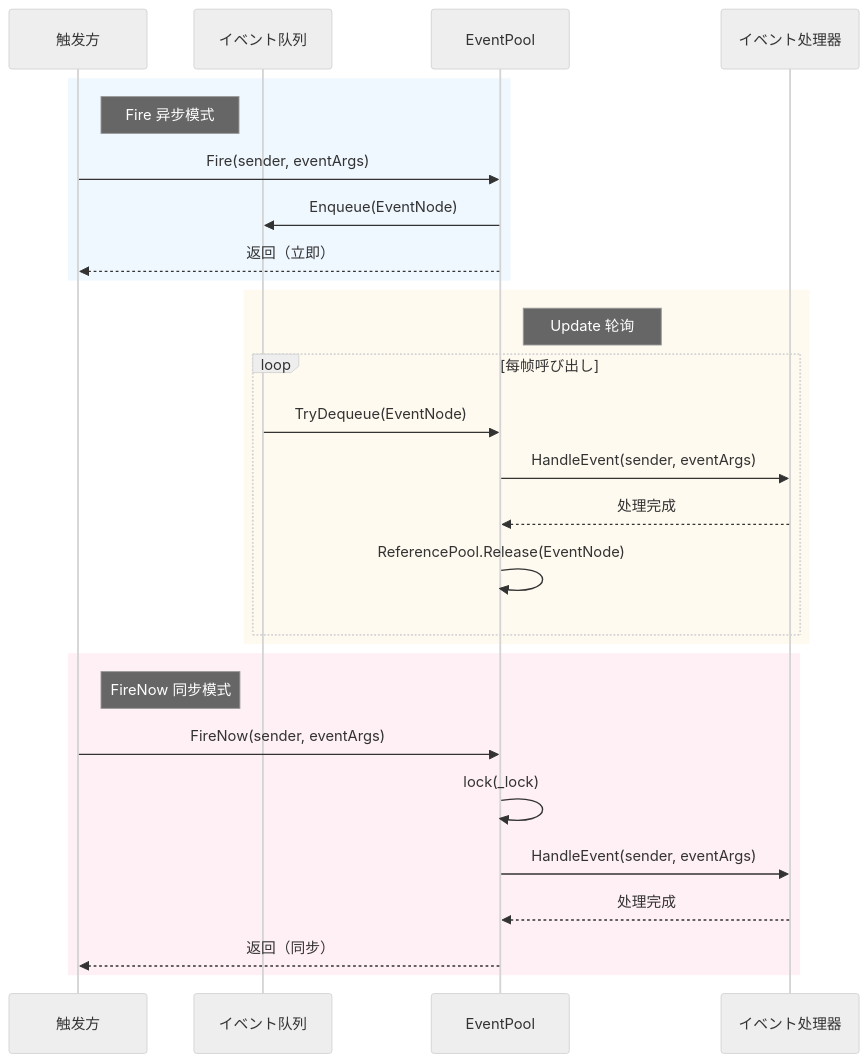
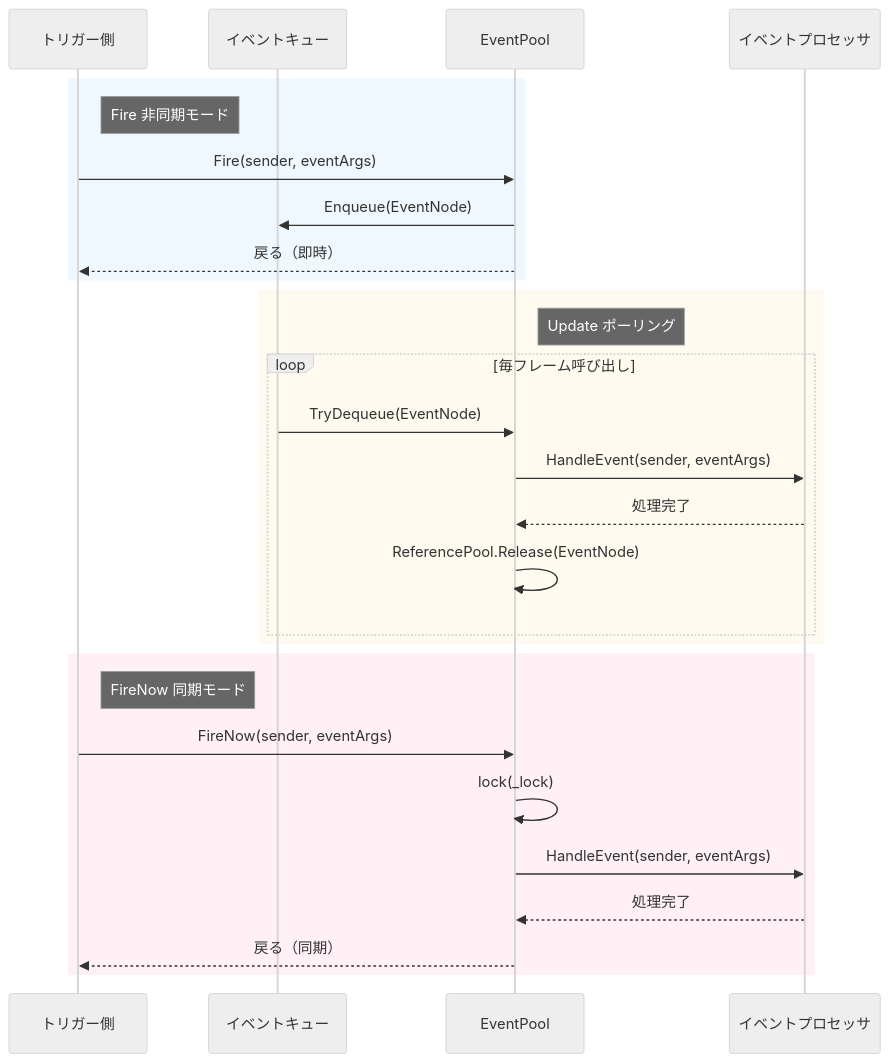
Before and after one commit to AlianBlank/GameFrameX.Docs: the second of 3 diagrams in docs/ja/client/unity/component/core/06.event-system.md, drawn with Mermaid (neutral theme). The commit also changed other lines of this file and 320 other files, not shown here.

````diff
--- a/docs/ja/client/unity/component/core/06.event-system.md
+++ b/docs/ja/client/unity/component/core/06.event-system.md
@@ -145,33 +145,33 @@
 ```mermaid
 sequenceDiagram
-    participant Client as 触发方
-    participant Queue as イベント队列
+    participant Client as トリガー側
+    participant Queue as イベントキュー
     participant Pool as EventPool
-    participant Handlers as イベント处理器
-    
+    participant Handlers as イベントプロセッサ
+
     rect rgb(240, 248, 255)
-        note right of Client: Fire 异步模式
+        note right of Client: Fire 非同期モード
         Client->>Pool: Fire(sender, eventArgs)
         Pool->>Queue: Enqueue(EventNode)
-        Pool-->>Client: 返回（立即）
+        Pool-->>Client: 戻る（即時）
     end
-    
+
     rect rgb(255, 250, 240)
-        note right of Pool: Update 轮询
-        loop 每帧呼び出し
+        note right of Pool: Update ポーリング
+        loop 毎フレーム呼び出し
             Queue->>Pool: TryDequeue(EventNode)
             Pool->>Handlers: HandleEvent(sender, eventArgs)
-            Handlers-->>Pool: 处理完成
+            Handlers-->>Pool: 処理完了
             Pool->>Pool: ReferencePool.Release(EventNode)
         end
     end
-    
+
     rect rgb(255, 240, 245)
-        note right of Client: FireNow 同步模式
+        note right of Client: FireNow 同期モード
         Client->>Pool: FireNow(sender, eventArgs)
         Pool->>Pool: lock(_lock)
         Pool->>Handlers: HandleEvent(sender, eventArgs)
-        Handlers-->>Pool: 处理完成
-        Pool-->>Client: 返回（同步）
+        Handlers-->>Pool: 処理完了
+        Pool-->>Client: 戻る（同期）
     end
 ```
````
